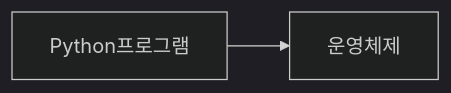
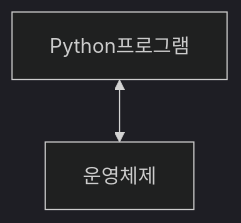
Before and after one commit to khbduino/TIL: the first of 2 diagrams in python/python_basic.md, drawn with Mermaid (dark theme). The commit also changed other lines of this file, not shown here.

````diff
--- a/python/python_basic.md
+++ b/python/python_basic.md
@@ -43,4 +44,4 @@
 ```mermaid
-graph LR
-Python프로그램 --> 운영체제
+graph TD
+Python프로그램 <--> 운영체제
 ```
````
